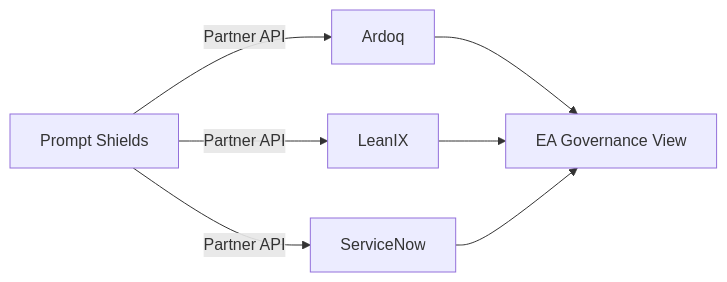
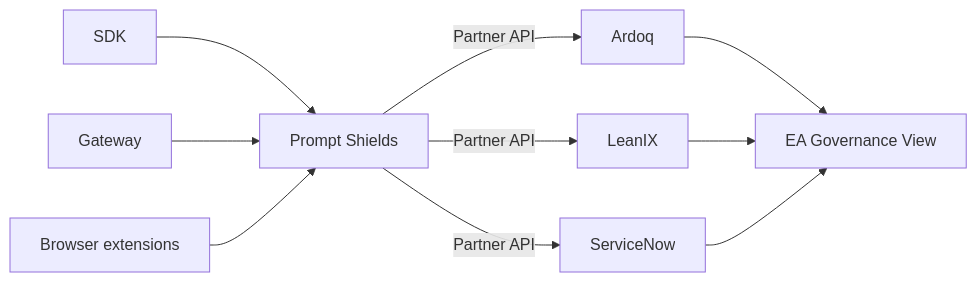
The diagram in docs/introduction.mdx (jun-bit-pulse-ai/prompt-shields-sdk), drawn with Mermaid before and after one commit. The commit also changed other lines of this file and 7 other files, not shown here.

````diff
--- a/docs/introduction.mdx
+++ b/docs/introduction.mdx
@@ -31,9 +86,12 @@
 ```mermaid
 graph LR
-    A[Prompt Shields] -->|Partner API| B[Ardoq]
+    S[SDK] --> A[Prompt Shields]
+    G[Gateway] --> A
+    X[Browser extensions] --> A
+    A -->|Partner API| B[Ardoq]
     A -->|Partner API| C[LeanIX]
     A -->|Partner API| D[ServiceNow]
     B --> E[EA Governance View]
     C --> E
     D --> E
 ```
````
